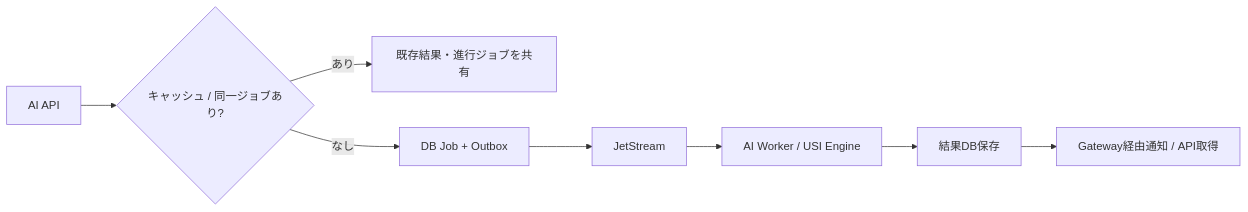
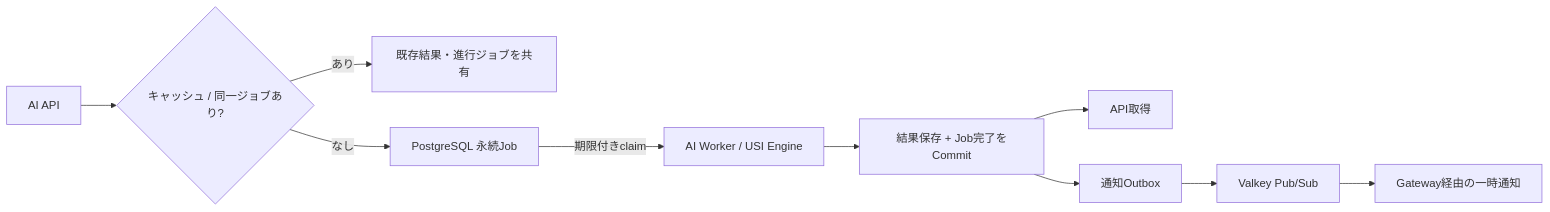
Before and after one commit to take44444/shogi-backend: the fifth of 6 diagrams in docs/design/architecture.md, drawn with Mermaid. The commit also changed other lines of this file and 13 other files, not shown here.

````diff
--- a/docs/design/architecture.md
+++ b/docs/design/architecture.md
@@ -569,10 +579,12 @@
 ```mermaid
 flowchart LR
   A[AI API] --> B{キャッシュ / 同一ジョブあり?}
   B -->|あり| C[既存結果・進行ジョブを共有]
-  B -->|なし| D[DB Job + Outbox]
-  D --> E[JetStream]
-  E --> F[AI Worker / USI Engine]
-  F --> G[結果DB保存]
-  G --> H[Gateway経由通知 / API取得]
+  B -->|なし| D[PostgreSQL 永続Job]
+  D -->|期限付きclaim| F[AI Worker / USI Engine]
+  F --> G[結果保存 + Job完了をCommit]
+  G --> H[API取得]
+  G --> I[通知Outbox]
+  I --> V[Valkey Pub/Sub]
+  V --> J[Gateway経由の一時通知]
 ```
````
